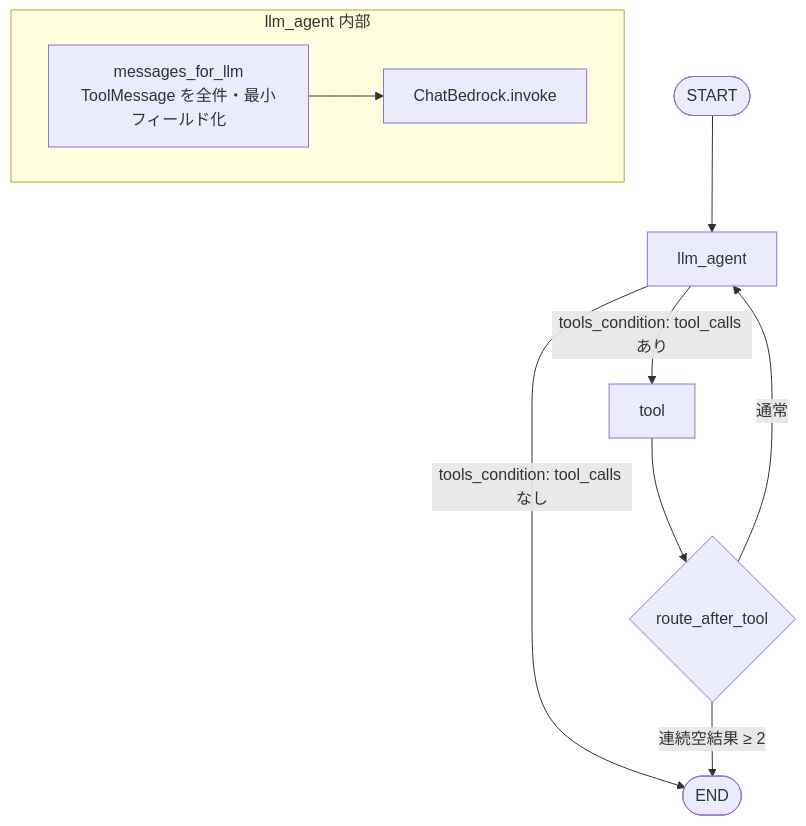
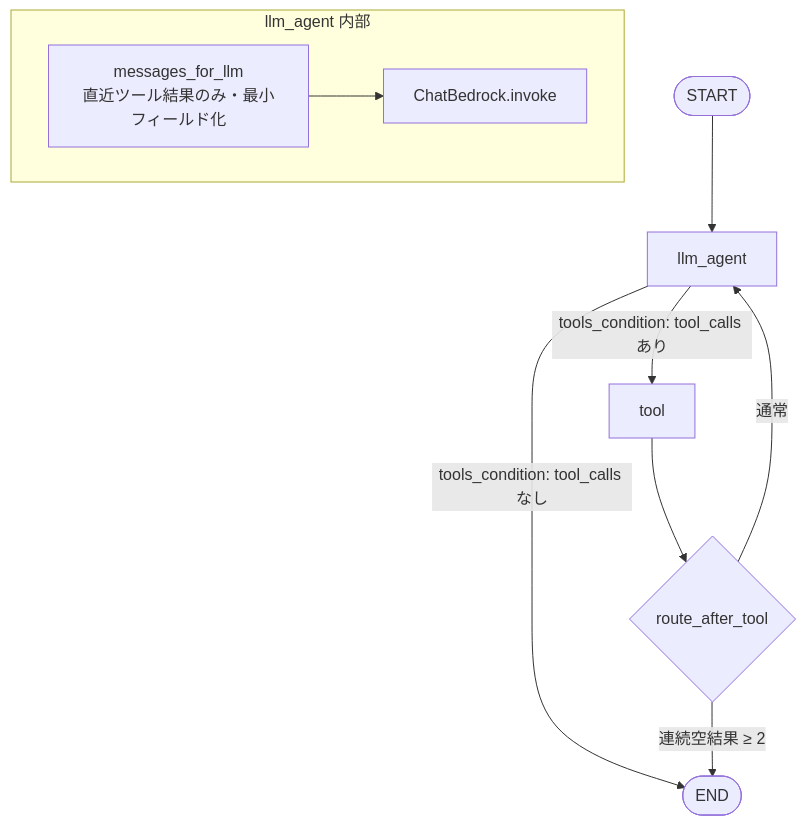
The second of 3 diagrams in docs/langgraph-agent.md (koichi2426/Shoppie), drawn with Mermaid before and after one commit. The commit also changed other lines of this file and 9 other files, not shown here.

````diff
--- a/docs/langgraph-agent.md
+++ b/docs/langgraph-agent.md
@@ -72,15 +72,15 @@
 ```mermaid
 flowchart TD
     START([START]) --> LLM[llm_agent]
     LLM -->|tools_condition: tool_calls あり| TOOL[tool]
     LLM -->|tools_condition: tool_calls なし| END_NODE([END])
     TOOL --> ROUTE{route_after_tool}
     ROUTE -->|通常| LLM
     ROUTE -->|連続空結果 ≥ 2| END_NODE
 
     subgraph LLM内部["llm_agent 内部"]
-        COMPACT[messages_for_llm<br/>ToolMessage を全件・最小フィールド化]
+        COMPACT[messages_for_llm<br/>直近ツール結果のみ・最小フィールド化]
         BEDROCK[ChatBedrock.invoke]
         COMPACT --> BEDROCK
     end
 ```
````
